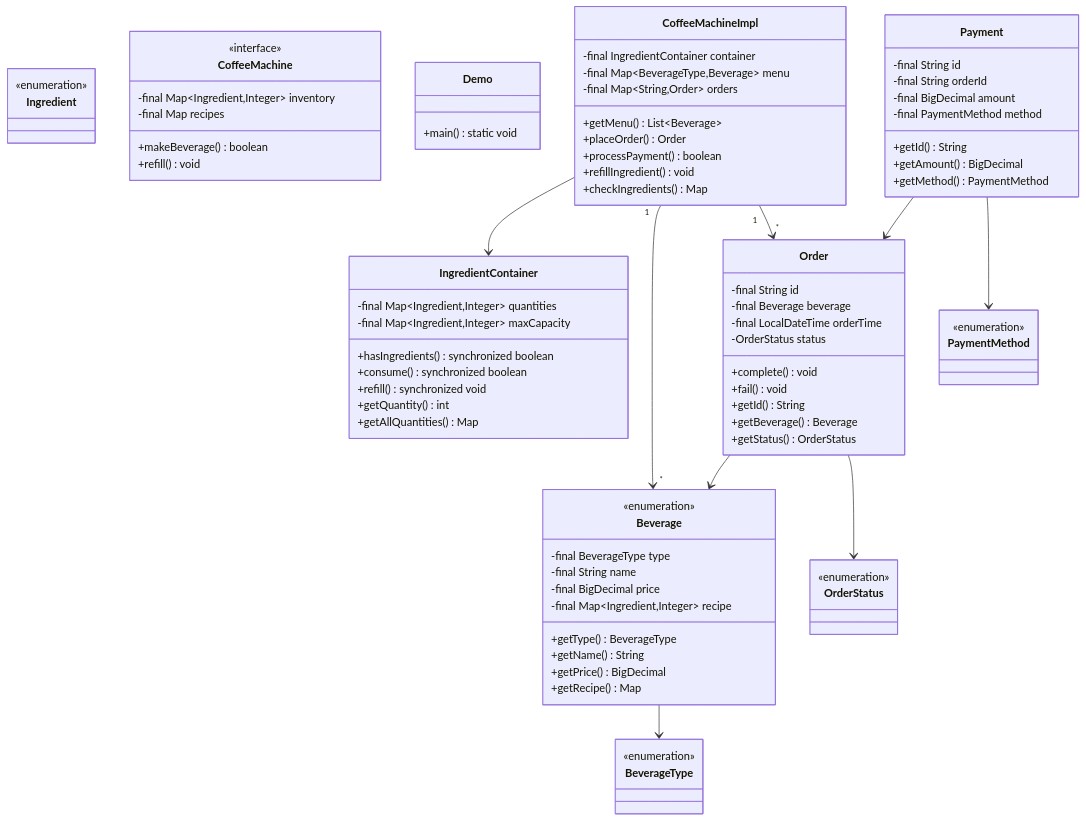
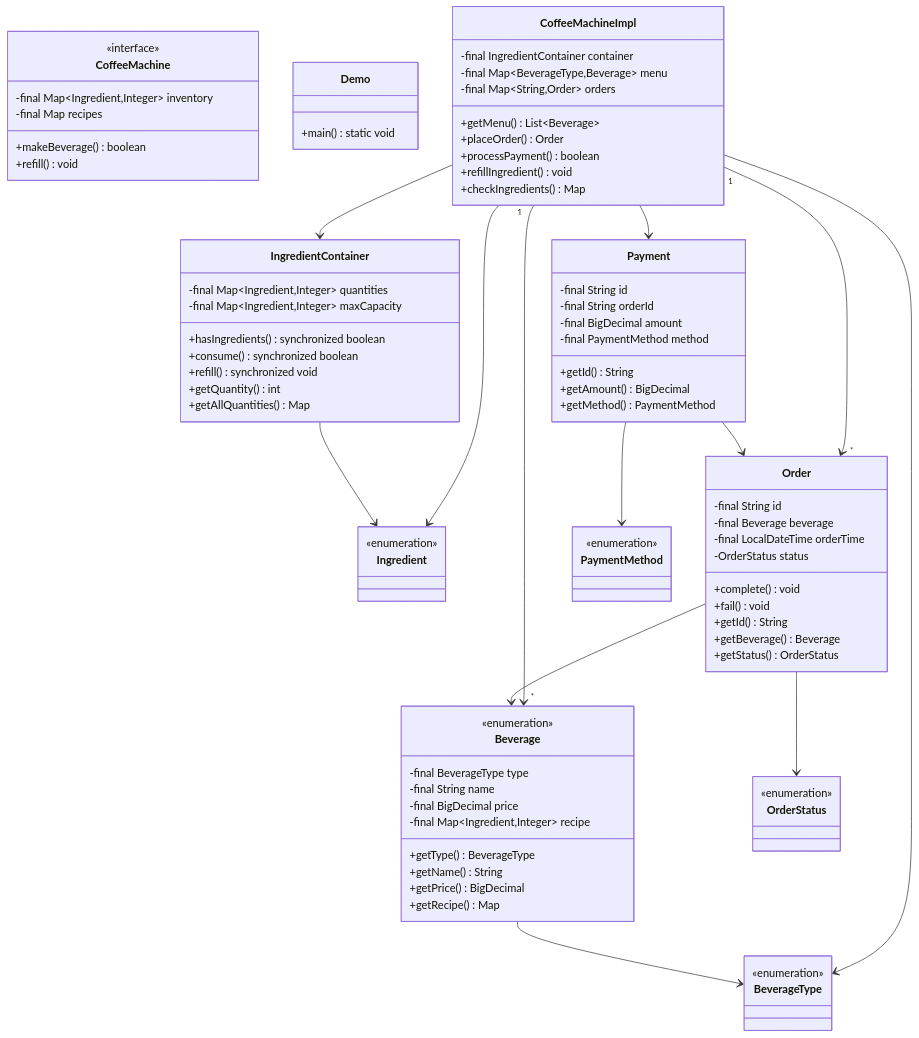
One commit to dlkr18/lld-playbook changed the diagram in docs/problems/coffeemachine/README.md. Above: the diagram before and after it, drawn with Mermaid. The commit also changed 113 other files, not shown here.

````diff
--- a/docs/problems/coffeemachine/README.md
+++ b/docs/problems/coffeemachine/README.md
@@ -462,12 +462,16 @@
     class CoffeeMachine
     <<interface>> CoffeeMachine
 
-    Beverage --> BeverageType
     CoffeeMachineImpl --> IngredientContainer
     CoffeeMachineImpl "1" --> "*" Beverage
     CoffeeMachineImpl "1" --> "*" Order
+    CoffeeMachineImpl --> BeverageType
+    CoffeeMachineImpl --> Payment
+    CoffeeMachineImpl --> Ingredient
     Order --> Beverage
     Order --> OrderStatus
+    IngredientContainer --> Ingredient
     Payment --> Order
     Payment --> PaymentMethod
+    Beverage --> BeverageType
 ```
````
